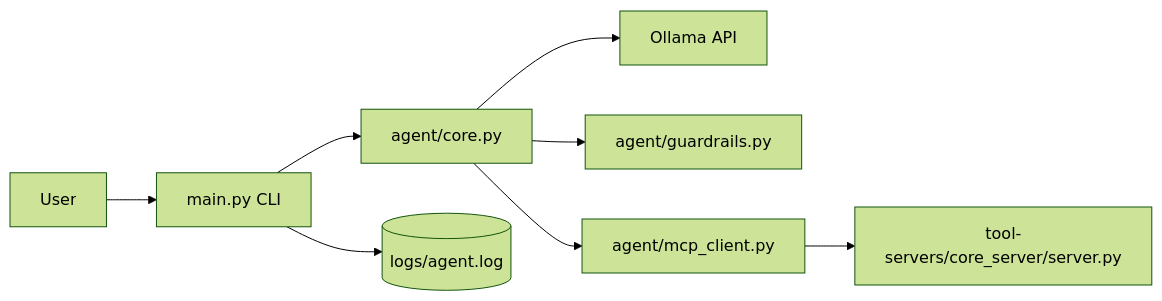
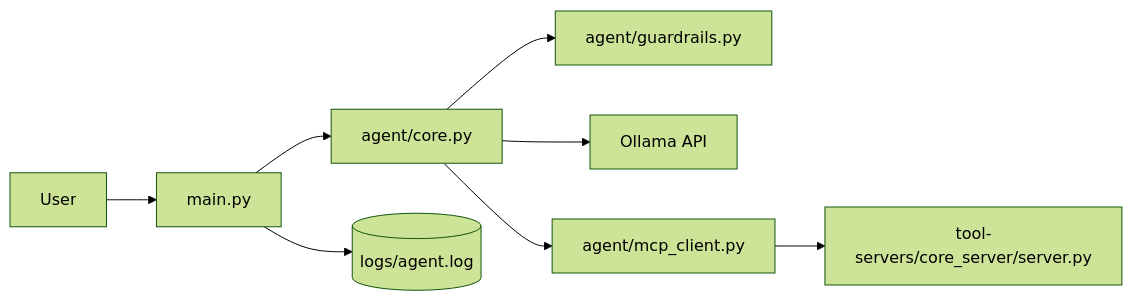
Before and after one commit to soorajrs409/e-agent: the diagram in README.md, drawn with Mermaid (forest theme). The commit also changed other lines of this file and 7 other files, not shown here.

````diff
--- a/README.md
+++ b/README.md
@@ -16,10 +16,10 @@
 ```mermaid
 flowchart LR
-    U[User] --> CLI[main.py CLI]
+    U[User] --> CLI[main.py]
     CLI --> CORE[agent/core.py]
+    CORE --> GUARD[agent/guardrails.py]
     CORE --> OLLAMA[Ollama API]
-    CORE --> GUARD[agent/guardrails.py]
     CORE --> MCP[agent/mcp_client.py]
     MCP --> TS[tool-servers/core_server/server.py]
     CLI --> LOG[(logs/agent.log)]
 ```
````
